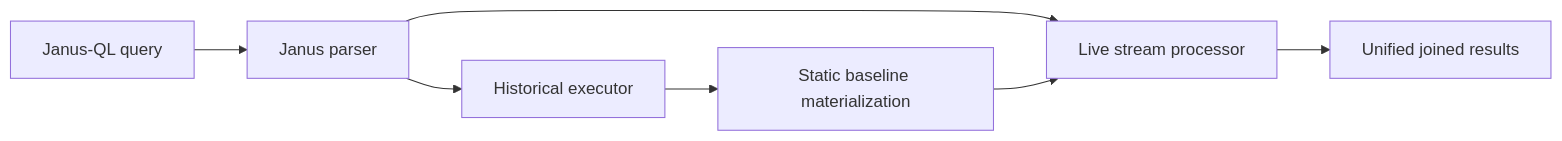
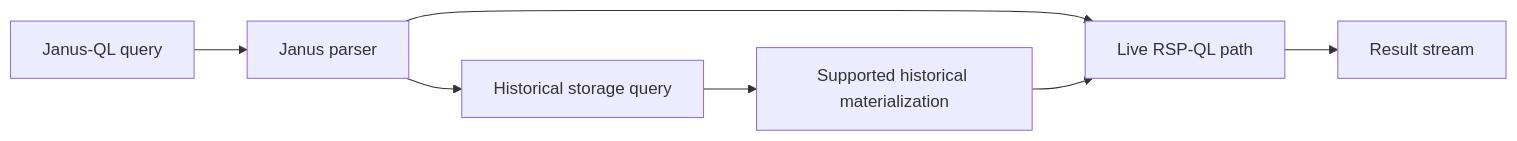
One commit to SolidLabResearch/janus changed the first of 3 diagrams in docs/PAPER_ARCHITECTURE.md. Above: the diagram before and after it, drawn with Mermaid. The commit also changed other lines of this file and 58 other files, not shown here.

Commit message:
Add storage footprint summary CSV with performance metrics for Janus and Oxigraph

````diff
--- a/docs/PAPER_ARCHITECTURE.md
+++ b/docs/PAPER_ARCHITECTURE.md
@@ -7,9 +9,9 @@
 ```mermaid
 flowchart LR
-    A["Janus-QL query"] --> B["Janus parser"]
-    B --> C["Historical executor"]
-    B --> D["Live stream processor"]
-    C --> E["Static baseline materialization"]
-    E --> D
-    D --> F["Unified joined results"]
+    Q[Janus-QL query] --> P[Janus parser]
+    P --> H[Historical storage query]
+    P --> L[Live RSP-QL path]
+    H --> M[Supported historical materialization]
+    M --> L
+    L --> R[Result stream]
 ```
````
